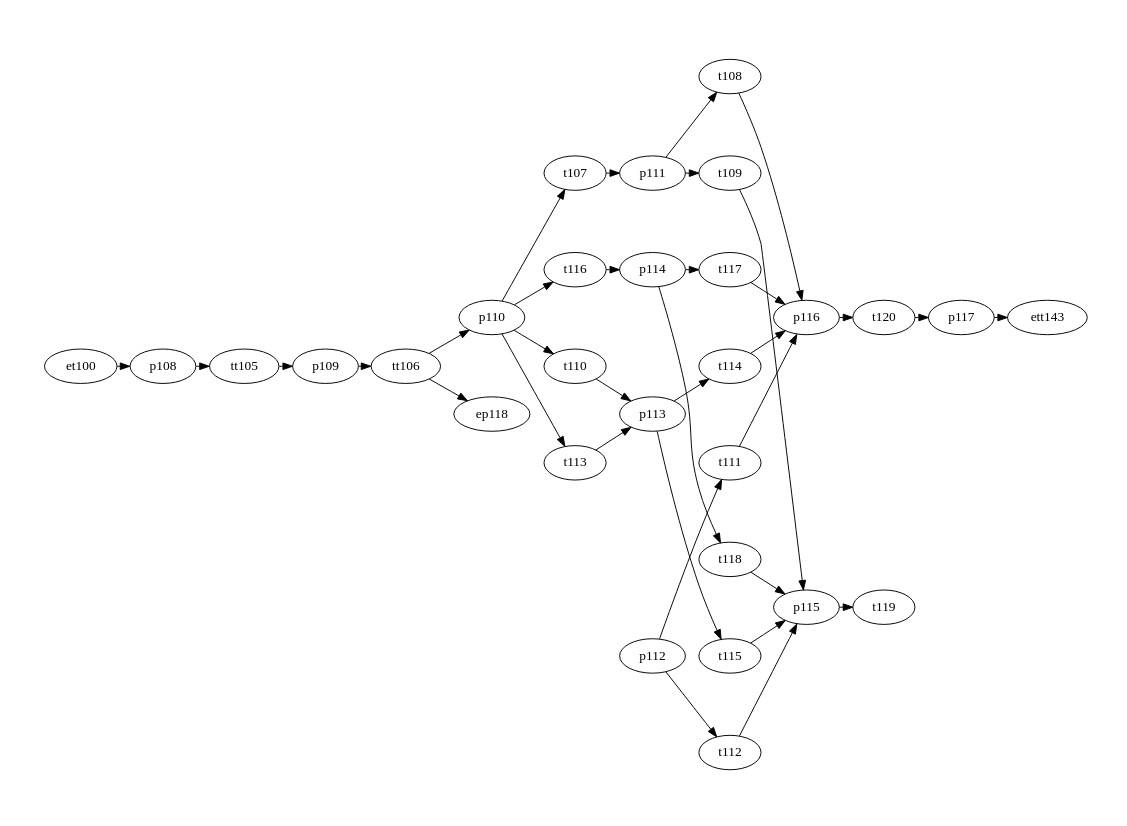
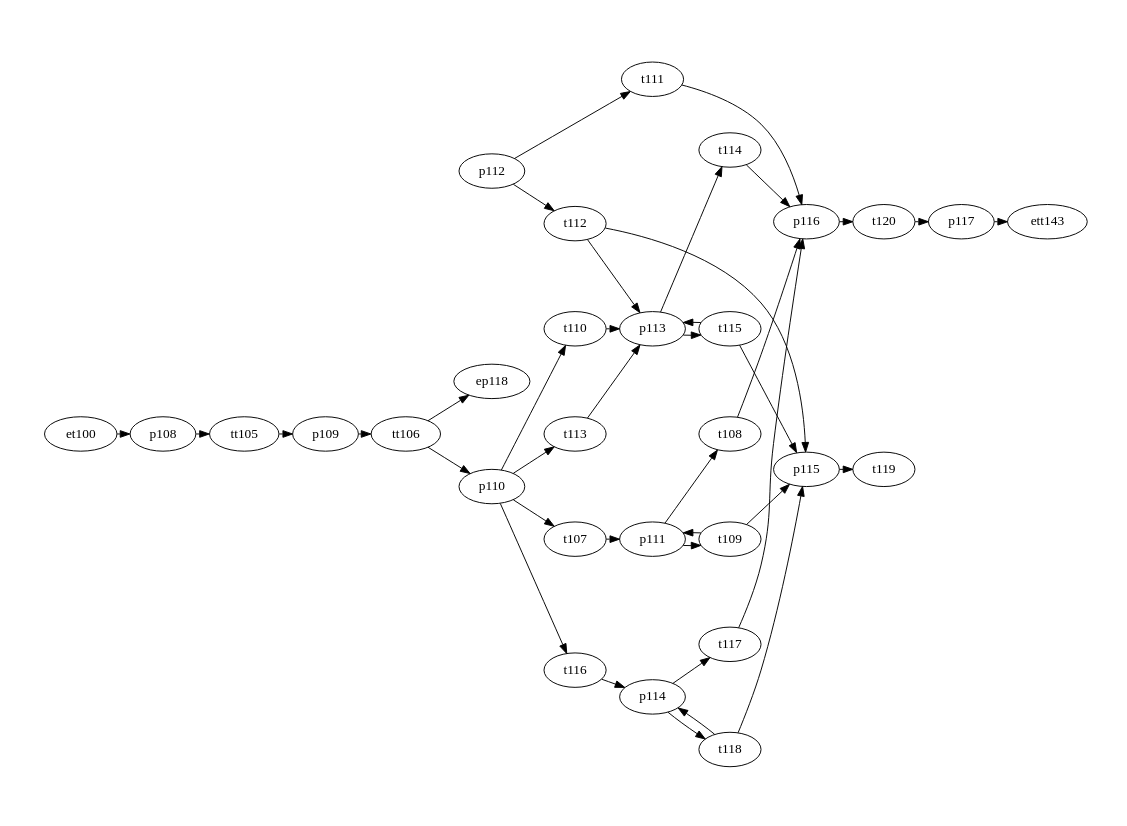
One commit to Accacio/docsTCC changed the diagram in figures/petriNets/dot/7-storageY/storageY.dot. Above: the diagram before and after it, drawn with Graphviz. The commit also changed 3 other files, not shown here.

```diff
--- a/figures/petriNets/dot/7-storageY/storageY.dot
+++ b/figures/petriNets/dot/7-storageY/storageY.dot
@@ -1,116 +1,120 @@
 
 digraph A {
     # splines = ortho
     rankdir=LR;
     ratio=fill
     graph [pad="0.5", nodesep="0.25", ranksep="0.2"];
     margin=0;
     size="11.7,8.3!"
 
 # Modulo armazenador y
 
     p108
     p109
     p110
     p111
     p112
     p113
     p114
     p115
     p116
     p117
 
 
     tt105
     tt106
     t107
     t108
     t109
     t110
     t111
     t112
     t113
     t114
     t115
     t116
     t117
     t118
     t119
     t120
 
 
 # subgraph cluster_7 {
 #   label="Storage (y)";
 #   labelloc = b
 #   style="dashed"
   # color="red"
   # pre
 
   p108 -> tt105
   p109 -> tt106
 
   p110 -> t107
   p110 -> t110
   p110 -> t113
   p110 -> t116
 
 
   p111 -> t108
   p111 -> t109
 
   p112 -> t111
   p112 -> t112
 
   p113 -> t114
   p113 -> t115
 
   p114 -> t117
   p114 -> t118
   
 
   p115 -> t119
 
   p116 -> t120
 
 
   #pos
 
   tt105 -> p109
   tt106 -> p110
 
   t107 -> p111
   t108 -> p116
   t109 -> p115
-
+  t109 -> p111
+       
   t110 -> p113
   t111 -> p116
   t112 -> p115
+  t112 -> p113
 
   t113 -> p113
   t114 -> p116
   t115 -> p115
-  
+  t115 -> p113
+
   t116 -> p114
   t117 -> p116
   t118 -> p115
+  t118 -> p114
 
   t120 -> p117
 
   
-
+  
 
 # }
 
 et100
 
 et100 -> p108
 
 ep118
 
 tt106 -> ep118
 
 ett143
 p117 -> ett143
 
 
 }
```
